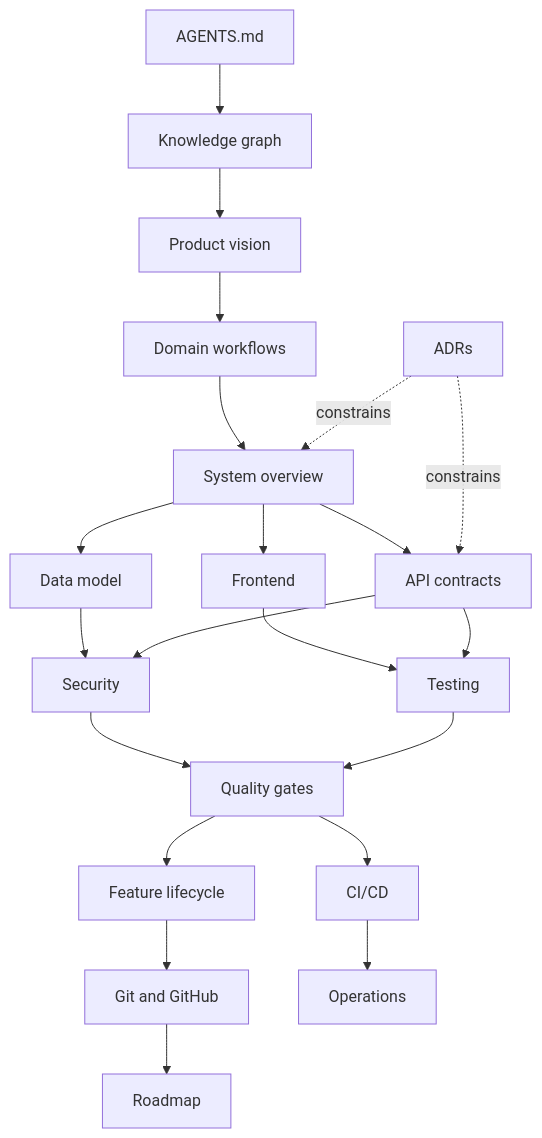
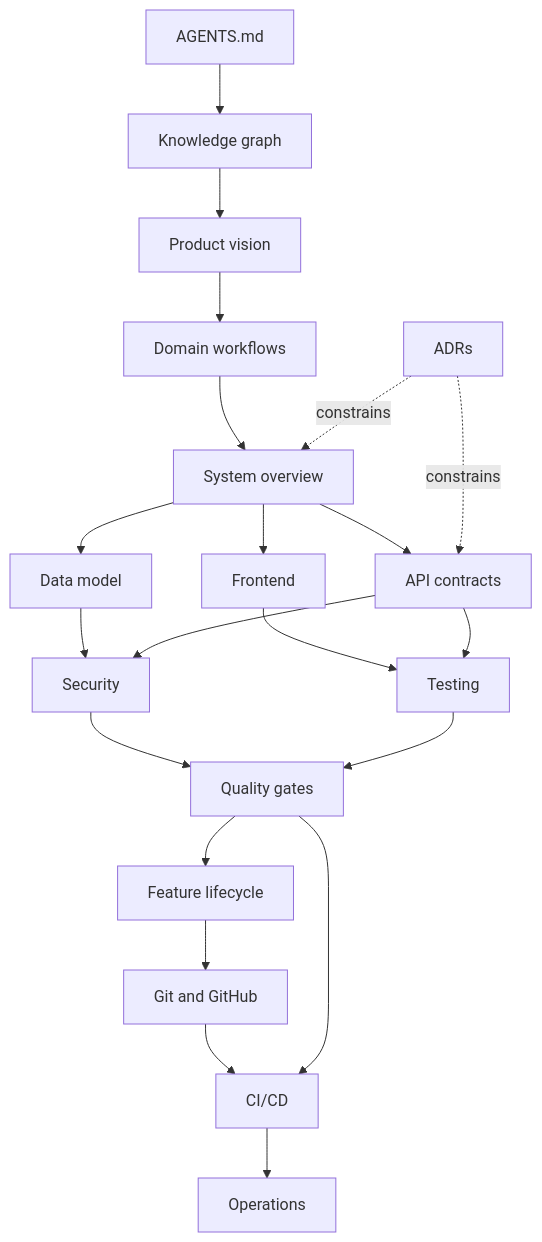
One commit to AminBrave/rad-art-marketplace changed the diagram in docs/knowledge-graph.md. Above: the diagram before and after it, drawn with Mermaid. The commit also changed other lines of this file and 2 other files, not shown here.

Commit message:
docs: remove roadmap and update knowledge graph

````diff
--- a/docs/knowledge-graph.md
+++ b/docs/knowledge-graph.md
@@ -5,23 +5,23 @@
 ```mermaid
 flowchart TD
  A[AGENTS.md] --> K[Knowledge graph]
  K --> P[Product vision]
  P --> D[Domain workflows]
  D --> S[System overview]
  S --> M[Data model]
  S --> F[Frontend]
  S --> API[API contracts]
  M --> SEC[Security]
  API --> SEC
  F --> T[Testing]
  API --> T
  SEC --> Q[Quality gates]
  T --> Q
  Q --> L[Feature lifecycle]
  L --> G[Git and GitHub]
- G --> R[Roadmap]
+ G --> C[CI/CD]
  Q --> C[CI/CD]
  C --> O[Operations]
  ADR[ADRs] -. constrains .-> S
  ADR -. constrains .-> API
 ```
````
